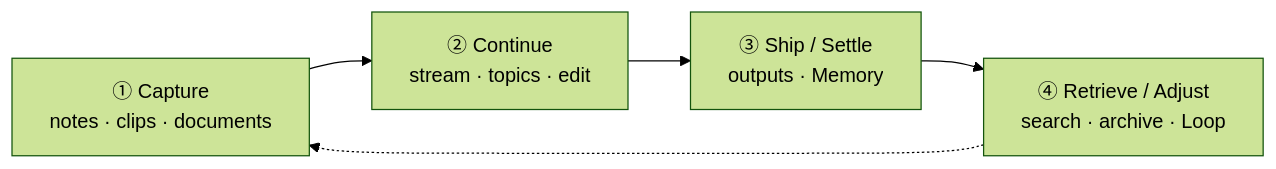
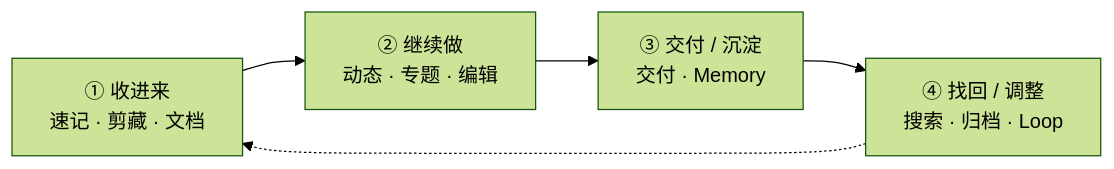
The diagram in README.md (topmindspace/topmind), drawn with Mermaid (forest theme) before and after one commit. The commit also changed other lines of this file and 52 other files, not shown here.

````diff
--- a/README.md
+++ b/README.md
@@ -135,7 +134,7 @@
 ```mermaid
 flowchart LR
-  A["① Capture<br/>notes · clips · documents"] --> B["② Continue<br/>stream · topics · edit"]
-  B --> C["③ Ship / Settle<br/>outputs · Memory"]
-  C --> D["④ Retrieve / Adjust<br/>search · archive · Loop"]
+  A["① 收进来<br/>速记 · 剪藏 · 文档"] --> B["② 继续做<br/>动态 · 专题 · 编辑"]
+  B --> C["③ 交付 / 沉淀<br/>交付 · Memory"]
+  C --> D["④ 找回 / 调整<br/>搜索 · 归档 · Loop"]
   D -.-> A
 ```
````
